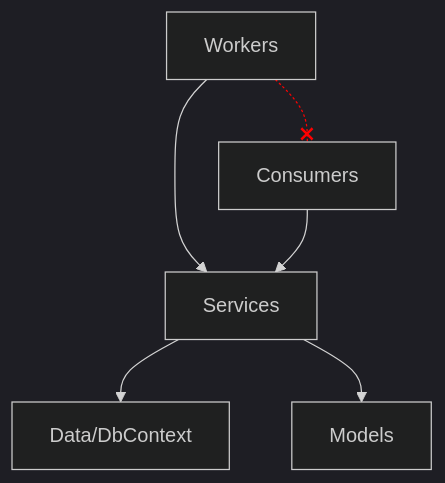
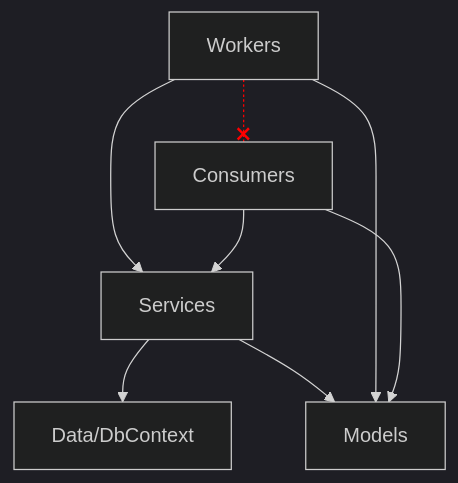
One commit to Webhooks-Ltd/dotnet-patterns changed the diagram in patterns/STR010 - worker-service.md. Above: the diagram before and after it, drawn with Mermaid (dark theme). The commit also changed other lines of this file and 10 other files, not shown here.

````diff
--- a/patterns/STR010 - worker-service.md
+++ b/patterns/STR010 - worker-service.md
@@ -76,9 +79,11 @@
 ```mermaid
 graph TD
     Workers --> Services
     Consumers --> Services
     Services --> Data[Data/DbContext]
     Services --> Models
+    Workers --> Models
+    Consumers --> Models
     Workers -.-x Consumers
-    linkStyle 4 stroke:red
+    linkStyle 6 stroke:red
 ```
````
